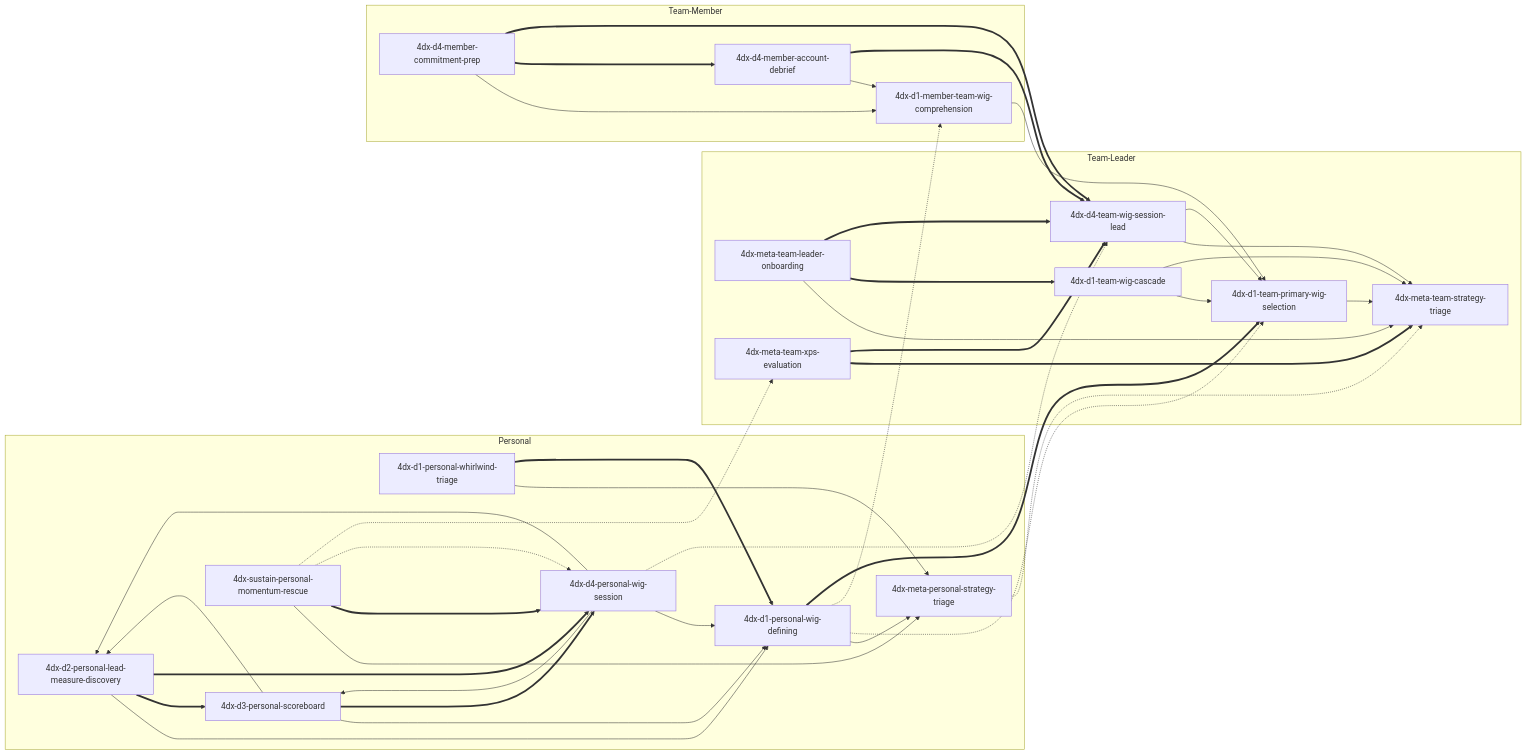
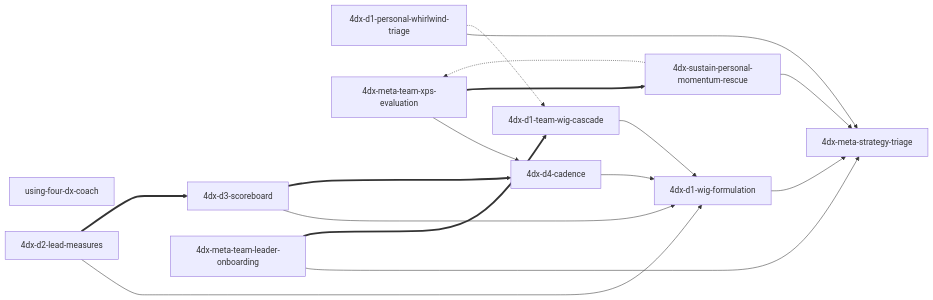
The diagram in four-dx-coach/INDEX.md (kouko/monkey-skills), drawn with Mermaid before and after one commit. The commit also changed other lines of this file and 3 other files, not shown here.

First line of the commit message:
docs(four-dx-coach): rewrite plugin-level READMEs + INDEX for 11-skill multi-file architecture

````diff
--- a/four-dx-coach/INDEX.md
+++ b/four-dx-coach/INDEX.md
@@ -65,85 +51,42 @@
 ```mermaid
 graph LR
-    %% Personal scope
-    subgraph Personal
-        p_meta[4dx-meta-personal-strategy-triage]
-        p_wt[4dx-d1-personal-whirlwind-triage]
-        p_wig[4dx-d1-personal-wig-defining]
-        p_d2[4dx-d2-personal-lead-measure-discovery]
-        p_d3[4dx-d3-personal-scoreboard]
-        p_d4[4dx-d4-personal-wig-session]
-        p_rescue[4dx-sustain-personal-momentum-rescue]
-    end
+    %% Plugin router
+    pr[using-four-dx-coach]
 
-    %% Team-leader scope
-    subgraph Team-Leader
-        t_meta[4dx-meta-team-strategy-triage]
-        t_wig[4dx-d1-team-primary-wig-selection]
-        t_cascade[4dx-d1-team-wig-cascade]
-        t_onboard[4dx-meta-team-leader-onboarding]
-        t_d4[4dx-d4-team-wig-session-lead]
-        t_xps[4dx-meta-team-xps-evaluation]
-    end
+    %% Multi-file scope-flex skills
+    meta[4dx-meta-strategy-triage]
+    d1wig[4dx-d1-wig-formulation]
+    d2[4dx-d2-lead-measures]
+    d3[4dx-d3-scoreboard]
+    d4[4dx-d4-cadence]
 
-    %% Team-member scope
-    subgraph Team-Member
-        m_comp[4dx-d1-member-team-wig-comprehension]
-        m_prep[4dx-d4-member-commitment-prep]
-        m_debrief[4dx-d4-member-account-debrief]
-    end
+    %% Single-file scope-specific skills
+    wt[4dx-d1-personal-whirlwind-triage]
+    cascade[4dx-d1-team-wig-cascade]
+    onboard[4dx-meta-team-leader-onboarding]
+    xps[4dx-meta-team-xps-evaluation]
+    rescue[4dx-sustain-personal-momentum-rescue]
 
-    %% Personal depends-on (solid)
-    p_wt --> p_meta
-    p_wig --> p_meta
-    p_d2 --> p_wig
-    p_d3 --> p_wig
-    p_d3 --> p_d2
-    p_d4 --> p_wig
-    p_d4 --> p_d2
-    p_d4 --> p_d3
-    p_rescue --> p_meta
+    %% Router dispatches everywhere (omitted for legibility — pr defers to all)
 
-    %% Personal composes-with (thick)
-    p_wt ===> p_wig
-    p_d2 ===> p_d3
-    p_d2 ===> p_d4
-    p_d3 ===> p_d4
-    p_rescue ===> p_d4
+    %% Depends-on (solid)
+    wt --> meta
+    d1wig --> meta
+    d2 --> d1wig
+    d3 --> d1wig
+    d4 --> d1wig
+    cascade --> d1wig
+    onboard --> meta
+    xps --> d4
+    rescue --> meta
 
-    %% Personal contrasts-with (dotted)
-    p_rescue -.-> p_d4
+    %% Composes-with (thick) — typically used together
+    d2 ===> d3
+    d3 ===> d4
+    onboard ===> cascade
+    xps ===> rescue
 
-    %% Team-leader depends-on
-    t_wig --> t_meta
-    t_cascade --> t_wig
-    t_cascade --> t_meta
-    t_onboard --> t_meta
-    t_d4 --> t_meta
-    t_d4 --> t_wig
-
-    %% Team-leader composes-with
-    t_onboard ===> t_cascade
-    t_onboard ===> t_d4
-    t_xps ===> t_meta
-    t_xps ===> t_d4
-
-    %% Team-member depends-on
-    m_comp --> t_wig
-    m_prep --> m_comp
-    m_debrief --> m_comp
-
-    %% Team-member composes-with
-    m_prep ===> m_debrief
-    m_prep ===> t_d4
-    m_debrief ===> t_d4
-
-    %% Cross-scope contrasts-with
-    p_meta -.-> t_meta
-    p_wig -.-> t_wig
-    p_wig -.-> m_comp
-    p_d4 -.-> t_d4
-    p_rescue -.-> t_xps
-
-    %% Cross-scope composes-with
-    p_wig ===> t_wig
+    %% Contrasts-with (dotted) — same domain, alternative scope/phase
+    rescue -.-> xps
+    wt -.-> cascade
 ```
````
